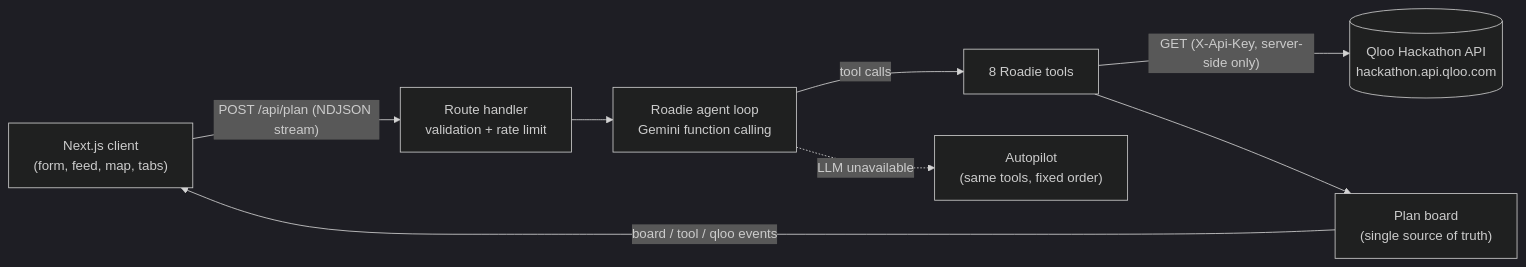
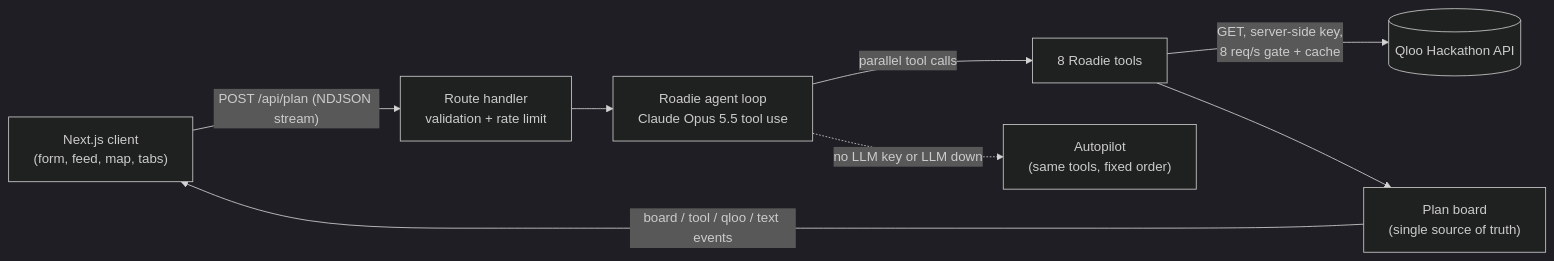
Before and after one commit to sanjaysaini383/Qloo: the diagram in README.md, drawn with Mermaid (dark theme). The commit also changed other lines of this file and 1 other file, not shown here.

Commit message:
Update README and Devpost write-up for live Qloo data and the Claude agent

````diff
--- a/README.md
+++ b/README.md
@@ -47,10 +53,10 @@
 ```mermaid
 flowchart LR
   UI["Next.js client<br/>(form, feed, map, tabs)"] -- "POST /api/plan (NDJSON stream)" --> API["Route handler<br/>validation + rate limit"]
-  API --> Agent["Roadie agent loop<br/>Gemini function calling"]
-  Agent -- tool calls --> Tools["8 Roadie tools"]
-  Tools -- "GET (X-Api-Key, server-side only)" --> Qloo[("Qloo Hackathon API<br/>hackathon.api.qloo.com")]
+  API --> Agent["Roadie agent loop<br/>Claude Opus 5.5 tool use"]
+  Agent -- "parallel tool calls" --> Tools["8 Roadie tools"]
+  Tools -- "GET, server-side key,<br/>8 req/s gate + cache" --> Qloo[("Qloo Hackathon API")]
   Tools --> Board["Plan board<br/>(single source of truth)"]
-  Board -- "board / tool / qloo events" --> UI
-  Agent -. "LLM unavailable" .-> Auto["Autopilot<br/>(same tools, fixed order)"]
+  Board -- "board / tool / qloo / text events" --> UI
+  Agent -. "no LLM key or LLM down" .-> Auto["Autopilot<br/>(same tools, fixed order)"]
 ```
````
